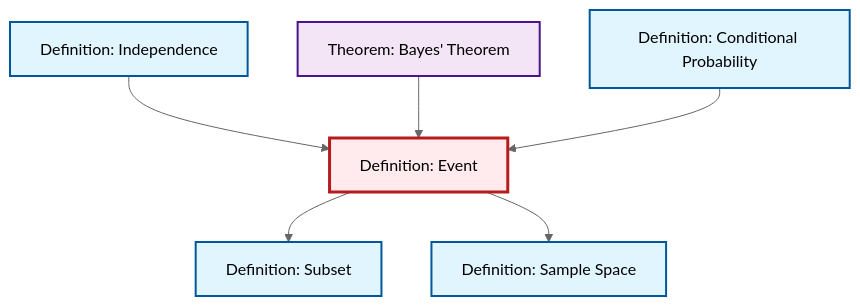
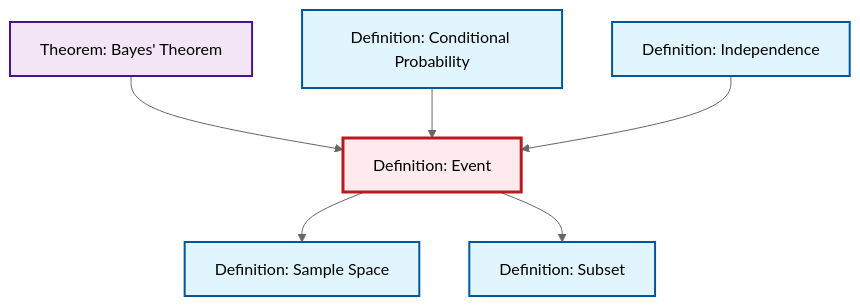
One commit to RK0429/ModernMath changed the diagram in content/ja/probability-statistics/def-event.qmd. Above: the diagram before and after it, drawn with Mermaid (neutral theme). The commit also changed other lines of this file and 654 other files, not shown here.

````diff
--- a/content/ja/probability-statistics/def-event.qmd
+++ b/content/ja/probability-statistics/def-event.qmd
@@ -70,26 +70,26 @@
 ```{mermaid}
 %%| fig-cap: "Local dependency graph"
 graph TD
     classDef definition fill:#e1f5fe,stroke:#01579b,stroke-width:2px
     classDef theorem fill:#f3e5f5,stroke:#4a148c,stroke-width:2px
     classDef axiom fill:#fff3e0,stroke:#e65100,stroke-width:2px
     classDef example fill:#e8f5e9,stroke:#1b5e20,stroke-width:2px
     classDef current fill:#ffebee,stroke:#b71c1c,stroke-width:3px
-    def-independence["Definition: Independence"]:::definition
+    def-event["Definition: Event"]:::definition
     def-conditional-probability["Definition: Conditional Probability"]:::definition
     thm-bayes["Theorem: Bayes' Theorem"]:::theorem
-    def-event["Definition: Event"]:::definition
     def-subset["Definition: Subset"]:::definition
     def-sample-space["Definition: Sample Space"]:::definition
+    def-independence["Definition: Independence"]:::definition
+    thm-bayes --> def-event
+    def-event --> def-sample-space
+    def-event --> def-subset
+    def-conditional-probability --> def-event
     def-independence --> def-event
-    thm-bayes --> def-event
-    def-conditional-probability --> def-event
-    def-event --> def-subset
-    def-event --> def-sample-space
     class def-event current
-    click def-independence "def-independence.html" "Definition: Independenceへ"
     click def-conditional-probability "def-conditional-probability.html" "Definition: Conditional Probabilityへ"
     click thm-bayes "thm-bayes.html" "Theorem: Bayes' Theoremへ"
     click def-subset "def-subset.html" "Definition: Subsetへ"
     click def-sample-space "def-sample-space.html" "Definition: Sample Spaceへ"
+    click def-independence "def-independence.html" "Definition: Independenceへ"
 ```
````
